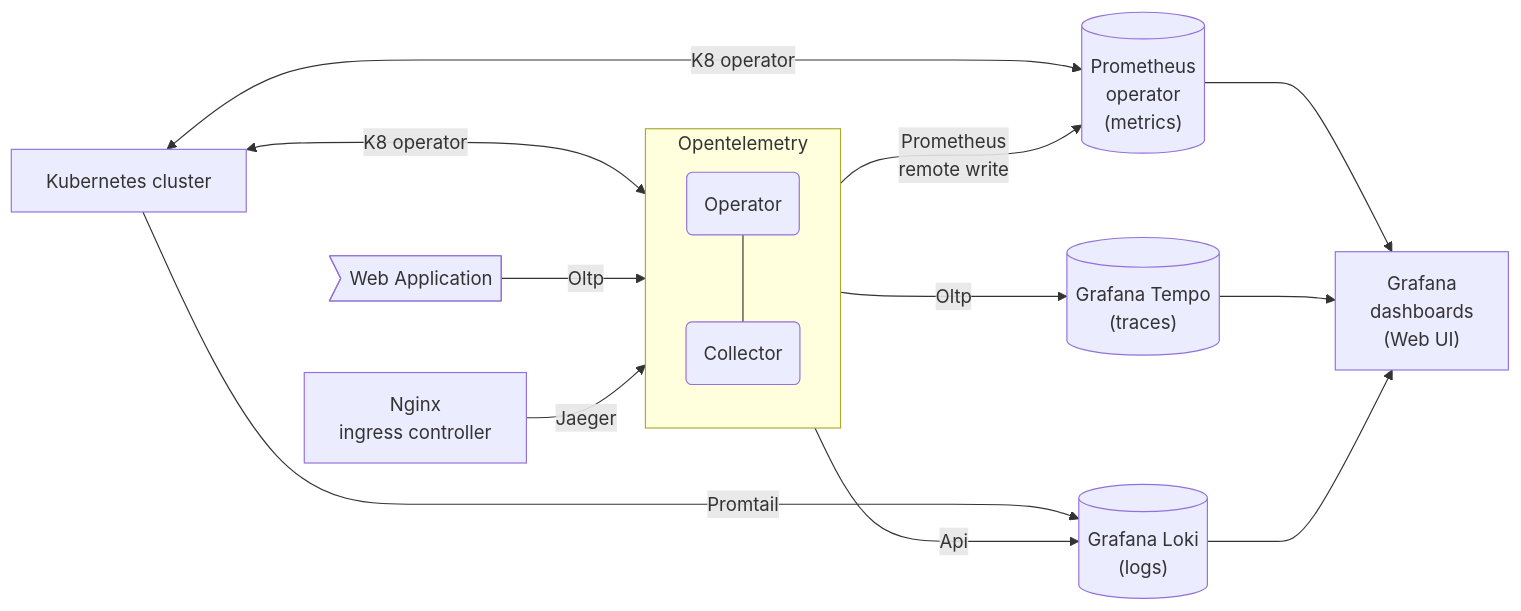
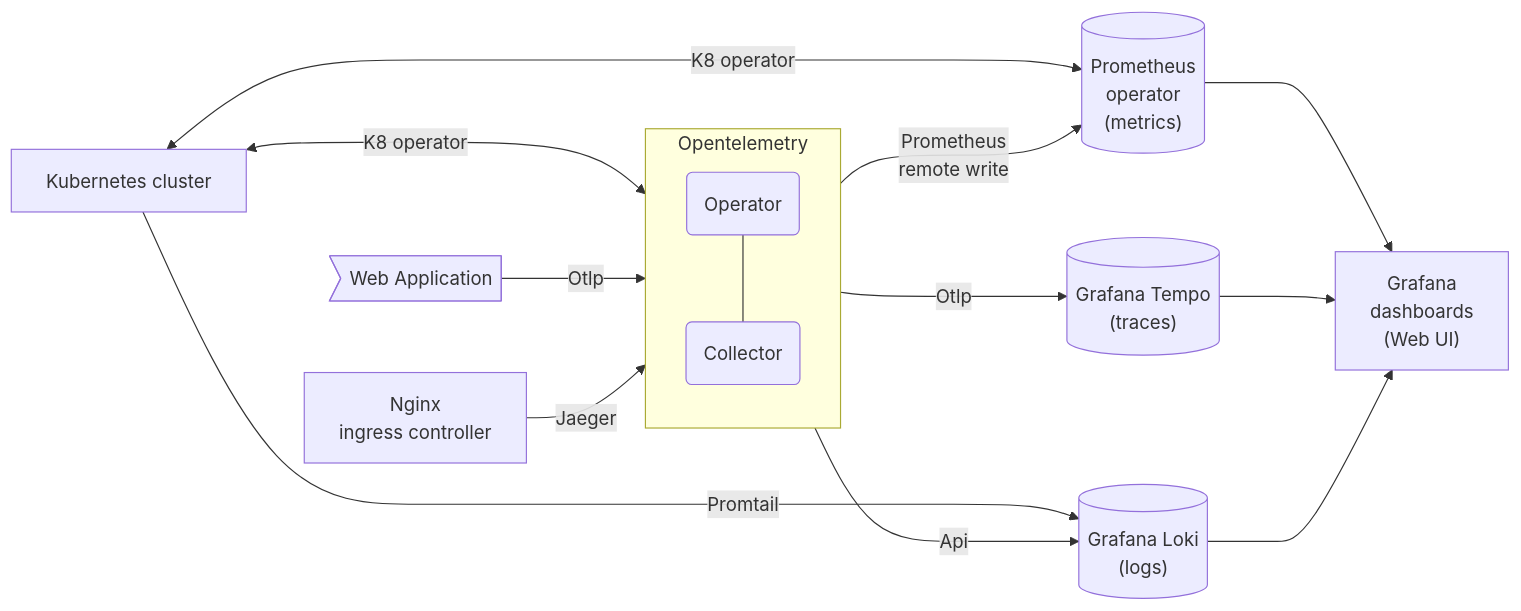
Before and after one commit to mrzysztof/opentelemetry-demo: the diagram in README.md, drawn with Mermaid. The commit also changed other lines of this file, not shown here.

````diff
--- a/README.md
+++ b/README.md
@@ -52,44 +52,44 @@
 ```mermaid
 flowchart LR
 
 App>Web Application]
 Nginx["Nginx
 ingress controller"]
 
 K8["Kubernetes cluster"]
 
 Prom[("Prometheus
 operator
 (metrics)")]
 
 Tempo[("Grafana Tempo
 (traces)")]
 
 Loki[("Grafana Loki
 (logs)")]
 
 Grafana["Grafana
 dashboards
 (Web UI)"]
 
-subgraph Oltp[Opentelemetry]
+subgraph Otlp[Opentelemetry]
     direction TB
     o(Operator) --- c(Collector)
 end
 
-K8 <--->|K8 operator| Oltp
+K8 <--->|K8 operator| Otlp
 K8 <--->|K8 operator| Prom
 K8 ----->|Promtail| Loki
 
-Oltp --->|"Prometheus
+Otlp --->|"Prometheus
 remote write"| Prom
-Oltp --->|Oltp| Tempo
-Oltp -->|Api| Loki
+Otlp --->|Otlp| Tempo
+Otlp -->|Api| Loki
 
 Prom ---> Grafana
 Tempo ---> Grafana
 Loki ---> Grafana
 
-App -->|Oltp| Oltp
-Nginx -->|Jaeger| Oltp
+App -->|Otlp| Otlp
+Nginx -->|Jaeger| Otlp
 ```
````
